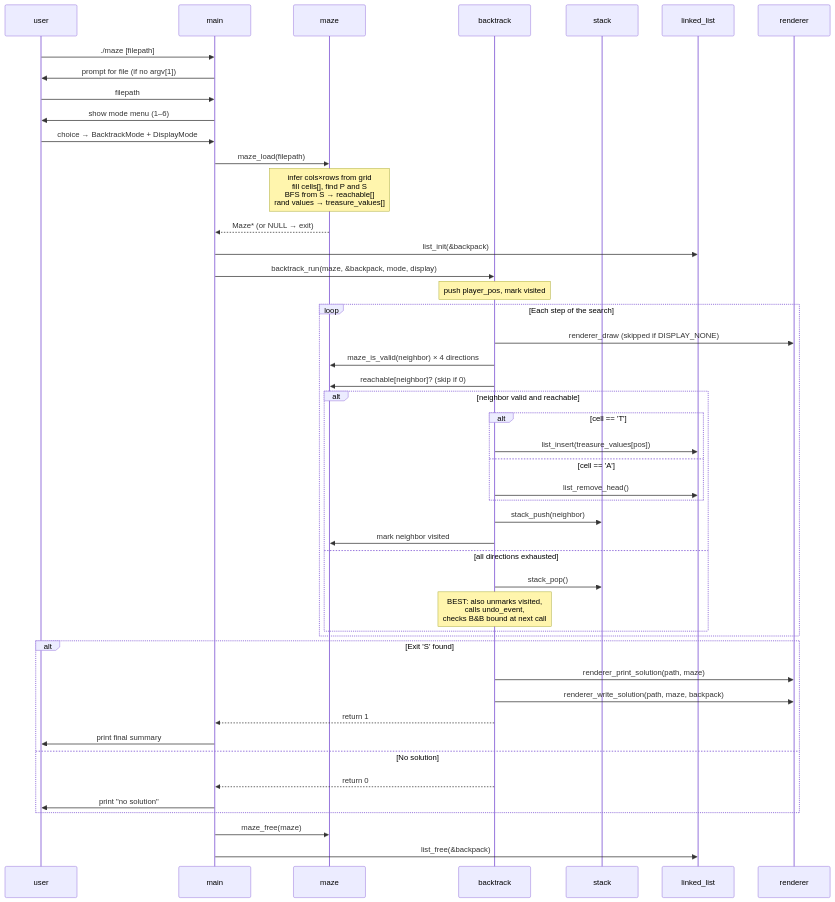
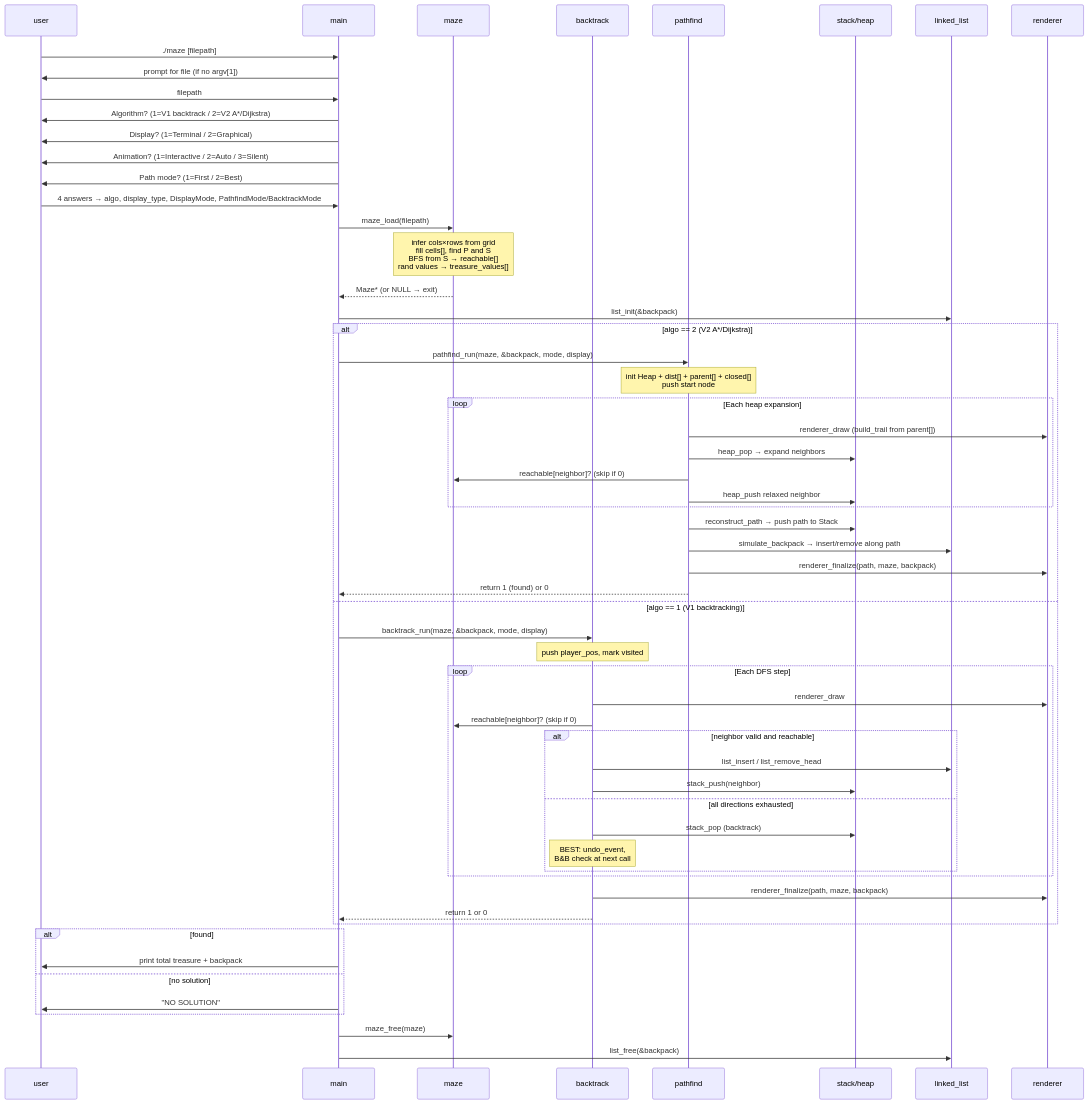
The third of 6 diagrams in docs/architecture.md (joseluinux/DSA5hSemesterProject), drawn with Mermaid before and after one commit. The commit also changed other lines of this file and 5 other files, not shown here.

````diff
--- a/docs/architecture.md
+++ b/docs/architecture.md
@@ -71,56 +96,67 @@
 ```mermaid
 sequenceDiagram
     participant U  as user
     participant M  as main
     participant Mz as maze
     participant BT as backtrack
-    participant St as stack
+    participant PF as pathfind
+    participant St as stack/heap
     participant LL as linked_list
     participant R  as renderer
 
     U  ->> M  : ./maze [filepath]
     M  ->> U  : prompt for file (if no argv[1])
     U  ->> M  : filepath
-    M  ->> U  : show mode menu (1–6)
-    U  ->> M  : choice → BacktrackMode + DisplayMode
+
+    M  ->> U  : Algorithm? (1=V1 backtrack / 2=V2 A*/Dijkstra)
+    M  ->> U  : Display?   (1=Terminal / 2=Graphical)
+    M  ->> U  : Animation? (1=Interactive / 2=Auto / 3=Silent)
+    M  ->> U  : Path mode? (1=First / 2=Best)
+    U  ->> M  : 4 answers → algo, display_type, DisplayMode, PathfindMode/BacktrackMode
 
     M  ->> Mz : maze_load(filepath)
     Note over Mz: infer cols×rows from grid<br/>fill cells[], find P and S<br/>BFS from S → reachable[]<br/>rand values → treasure_values[]
     Mz -->> M : Maze* (or NULL → exit)
 
     M  ->> LL : list_init(&backpack)
-    M  ->> BT : backtrack_run(maze, &backpack, mode, display)
-    Note over BT: push player_pos, mark visited
 
-    loop Each step of the search
-        BT ->> R  : renderer_draw (skipped if DISPLAY_NONE)
-        BT ->> Mz : maze_is_valid(neighbor) × 4 directions
-        BT ->> Mz : reachable[neighbor]? (skip if 0)
-
-        alt neighbor valid and reachable
-            alt cell == 'T'
-                BT ->> LL : list_insert(treasure_values[pos])
-            else cell == 'A'
-                BT ->> LL : list_remove_head()
+    alt algo == 2  (V2 A*/Dijkstra)
+        M  ->> PF : pathfind_run(maze, &backpack, mode, display)
+        Note over PF: init Heap + dist[] + parent[] + closed[]<br/>push start node
+        loop Each heap expansion
+            PF ->> R  : renderer_draw (build_trail from parent[])
+            PF ->> St : heap_pop → expand neighbors
+            PF ->> Mz : reachable[neighbor]? (skip if 0)
+            PF ->> St : heap_push relaxed neighbor
+        end
+        PF ->> St : reconstruct_path → push path to Stack
+        PF ->> LL : simulate_backpack → insert/remove along path
+        PF ->> R  : renderer_finalize(path, maze, backpack)
+        PF -->> M : return 1 (found) or 0
+    else algo == 1  (V1 backtracking)
+        M  ->> BT : backtrack_run(maze, &backpack, mode, display)
+        Note over BT: push player_pos, mark visited
+        loop Each DFS step
+            BT ->> R  : renderer_draw
+            BT ->> Mz : reachable[neighbor]? (skip if 0)
+            alt neighbor valid and reachable
+                BT ->> LL : list_insert / list_remove_head
+                BT ->> St : stack_push(neighbor)
+            else all directions exhausted
+                BT ->> St : stack_pop (backtrack)
+                Note over BT: BEST: undo_event,<br/>B&B check at next call
             end
-            BT ->> St : stack_push(neighbor)
-            BT ->> Mz : mark neighbor visited
-        else all directions exhausted
-            BT ->> St : stack_pop()
-            Note over BT: BEST: also unmarks visited,<br/>calls undo_event,<br/>checks B&B bound at next call
         end
+        BT ->> R  : renderer_finalize(path, maze, backpack)
+        BT -->> M : return 1 or 0
     end
 
-    alt Exit 'S' found
-        BT ->> R  : renderer_print_solution(path, maze)
-        BT ->> R  : renderer_write_solution(path, maze, backpack)
-        BT -->> M : return 1
-        M  ->> U  : print final summary
-    else No solution
-        BT -->> M : return 0
-        M  ->> U  : print "no solution"
+    alt found
+        M  ->> U  : print total treasure + backpack
+    else no solution
+        M  ->> U  : "NO SOLUTION"
     end
 
     M ->> Mz : maze_free(maze)
     M ->> LL : list_free(&backpack)
 ```
````
